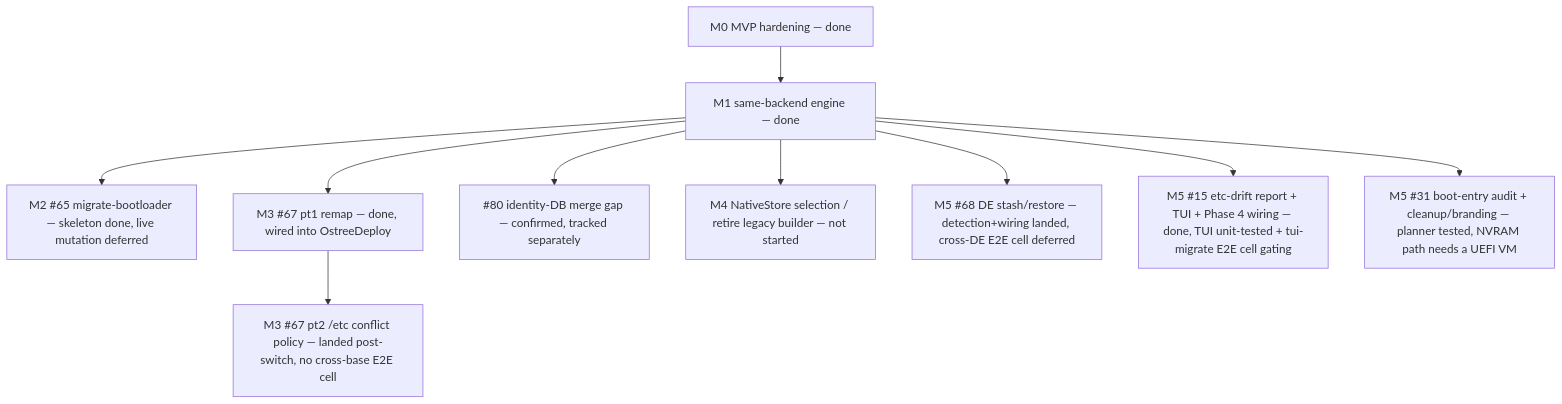
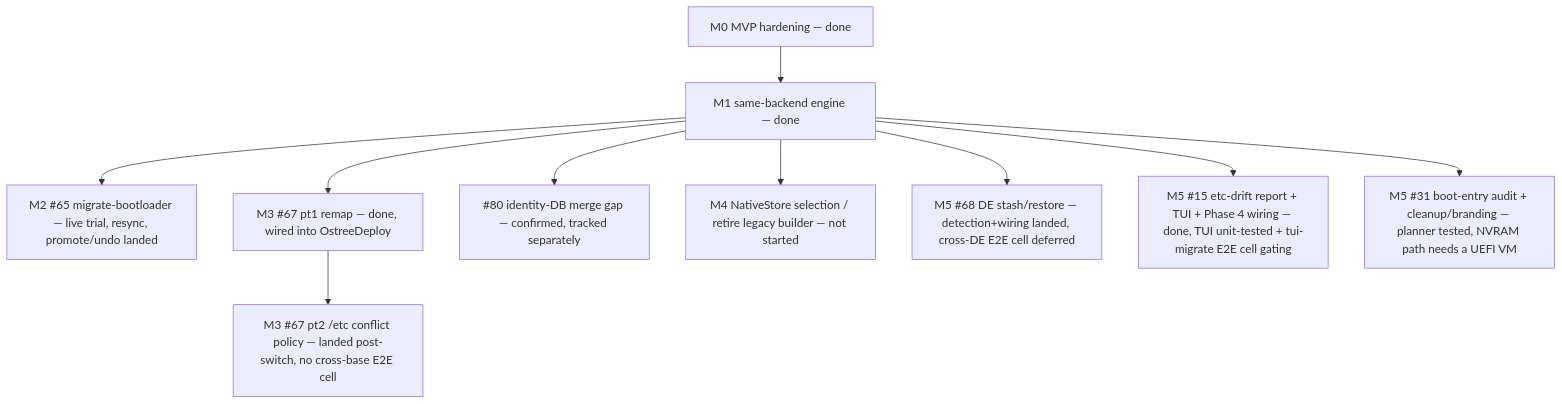
Before and after one commit to tuna-os/bootc-migrate: the diagram in ROADMAP.md, drawn with Mermaid. The commit also changed other lines of this file and 19 other files, not shown here.

First line of the commit message:
bootloader: add reversible standalone trial (#437)

````diff
--- a/ROADMAP.md
+++ b/ROADMAP.md
@@ -380,12 +383,12 @@
 ```mermaid
 graph TD
   M0["M0 MVP hardening — done"] --> M1["M1 same-backend engine — done"]
-  M1 --> M2["M2 #65 migrate-bootloader — skeleton done, live mutation deferred"]
+  M1 --> M2["M2 #65 migrate-bootloader — live trial, resync, promote/undo landed"]
   M1 --> M3P1["M3 #67 pt1 remap — done, wired into OstreeDeploy"]
   M3P1 --> M3P2["M3 #67 pt2 /etc conflict policy — landed post-switch, no cross-base E2E cell"]
   M1 --> GAP80["#80 identity-DB merge gap — confirmed, tracked separately"]
   M1 --> M4["M4 NativeStore selection / retire legacy builder — not started"]
   M1 --> M5A["M5 #68 DE stash/restore — detection+wiring landed, cross-DE E2E cell deferred"]
   M1 --> M5B["M5 #15 etc-drift report + TUI + Phase 4 wiring — done, TUI unit-tested + tui-migrate E2E cell gating"]
   M1 --> M5C["M5 #31 boot-entry audit + cleanup/branding — planner tested, NVRAM path needs a UEFI VM"]
 ```
````
